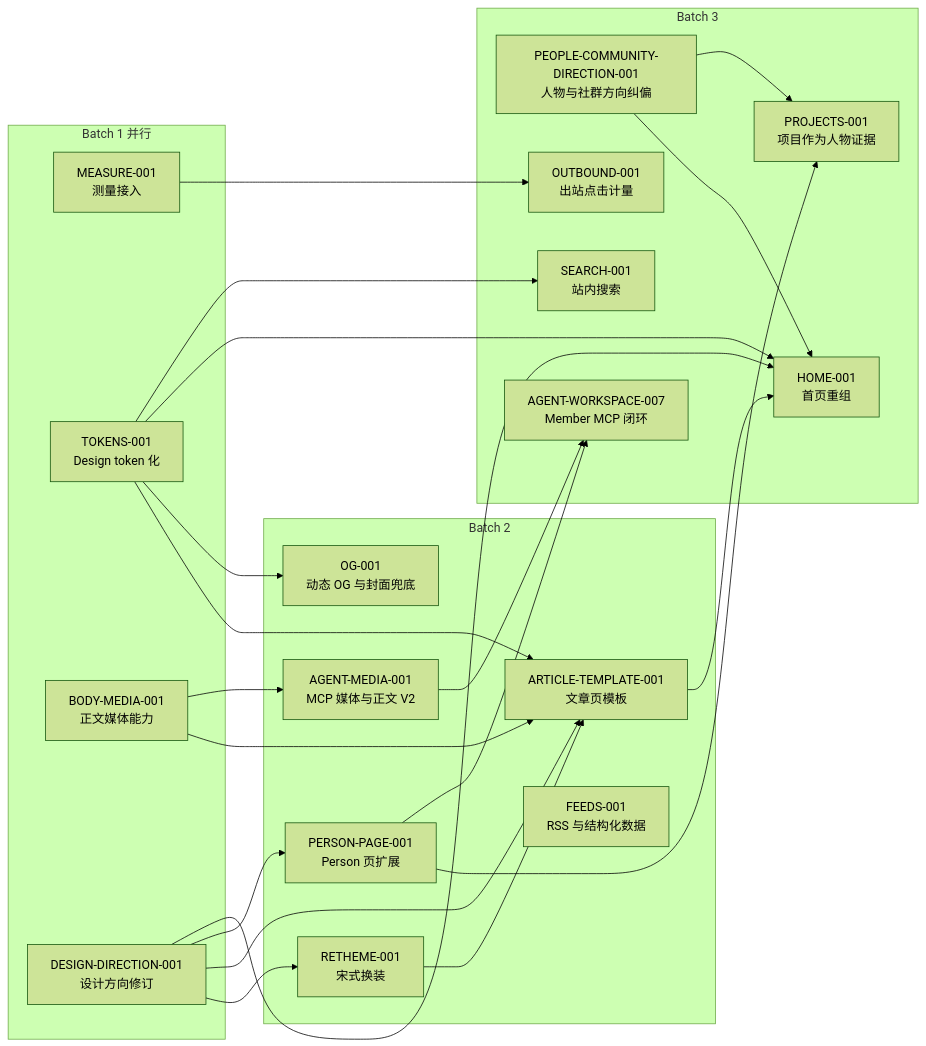
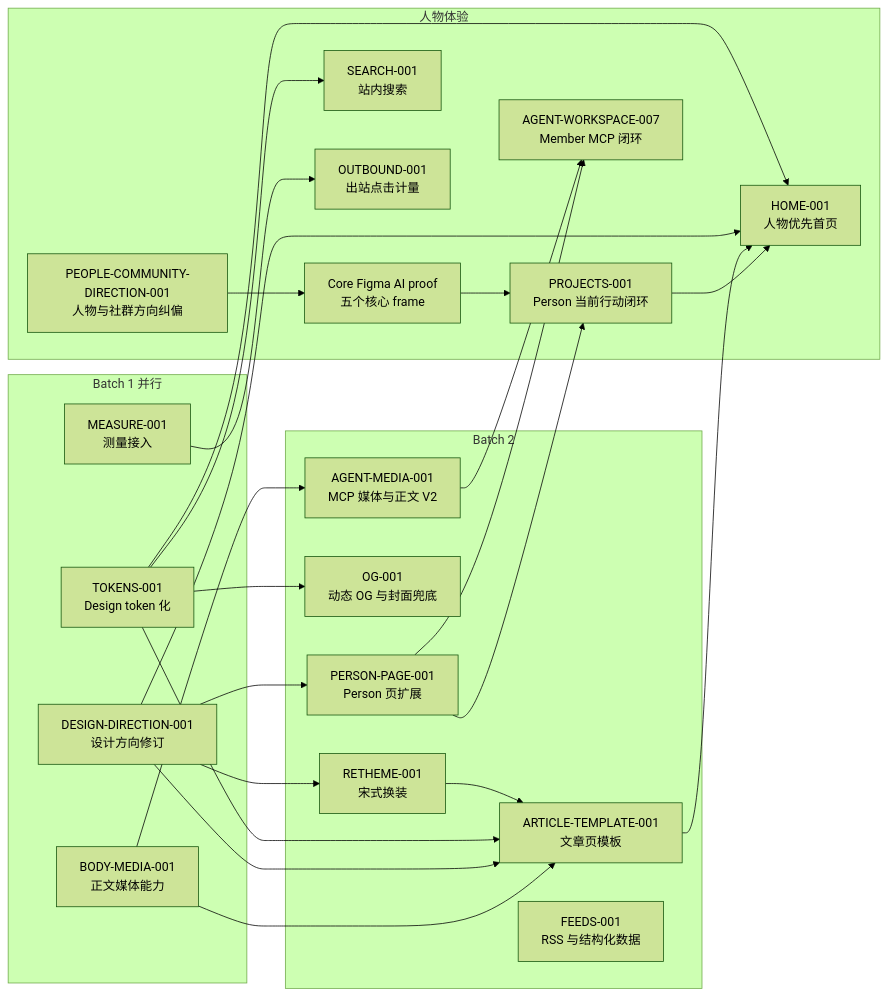
The diagram in docs/roadmap/site-infrastructure-program.md (lonelyreader/chinaknowledge), drawn with Mermaid (forest theme) before and after one commit. The commit also changed other lines of this file and 10 other files, not shown here.

````diff
--- a/docs/roadmap/site-infrastructure-program.md
+++ b/docs/roadmap/site-infrastructure-program.md
@@ -23,43 +23,45 @@
 ```mermaid
 flowchart LR
     subgraph B1["Batch 1 并行"]
       A["MEASURE-001<br/>测量接入"]
       B["TOKENS-001<br/>Design token 化"]
       C["BODY-MEDIA-001<br/>正文媒体能力"]
       D["DESIGN-DIRECTION-001<br/>设计方向修订"]
     end
     subgraph B2["Batch 2"]
       R["RETHEME-001<br/>宋式换装"]
       E["ARTICLE-TEMPLATE-001<br/>文章页模板"]
       F["OG-001<br/>动态 OG 与封面兜底"]
       G["AGENT-MEDIA-001<br/>MCP 媒体与正文 V2"]
       H["PERSON-PAGE-001<br/>Person 页扩展"]
       M["FEEDS-001<br/>RSS 与结构化数据"]
     end
-    subgraph B3["Batch 3"]
+    subgraph B3["人物体验"]
       Q["PEOPLE-COMMUNITY-DIRECTION-001<br/>人物与社群方向纠偏"]
-      O["HOME-001<br/>首页重组"]
-      I["PROJECTS-001<br/>项目作为人物证据"]
+      V["Core Figma AI proof<br/>五个核心 frame"]
+      I["PROJECTS-001<br/>Person 当前行动闭环"]
+      O["HOME-001<br/>人物优先首页"]
       J["AGENT-WORKSPACE-007<br/>Member MCP 闭环"]
       L["SEARCH-001<br/>站内搜索"]
       N["OUTBOUND-001<br/>出站点击计量"]
     end
     D --> R
     R --> E
     B --> E
     D --> E
     C --> E
     B --> F
     C --> G
     G --> J
     D --> H
     B --> O
     D --> O
     E --> O
     H --> I
-    Q --> O
-    Q --> I
+    Q --> V
+    V --> I
+    I --> O
     H --> J
     B --> L
     A --> N
 ```
````
